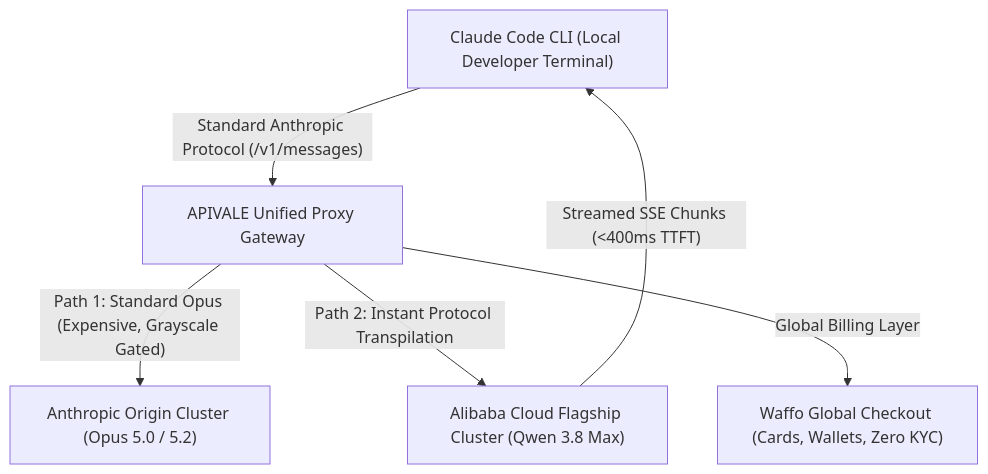
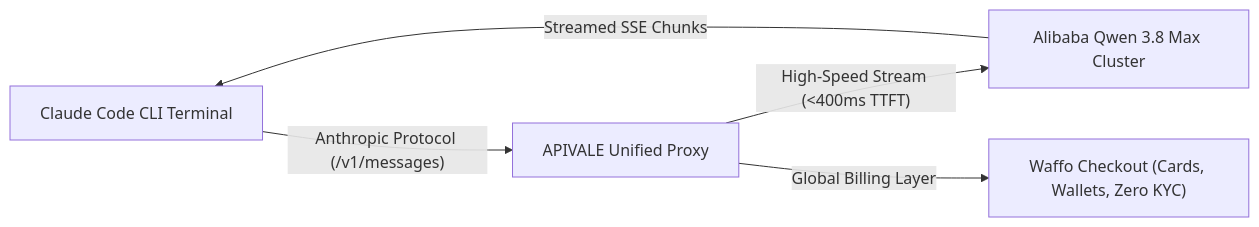
One commit to bshx2024/apivel_blog changed the diagram in src/content/blog/claude-code-opus-5-2-alternative-qwen-3-8-max.md. Above: the diagram before and after it, drawn with Mermaid. The commit also changed other lines of this file, not shown here.

````diff
--- a/src/content/blog/claude-code-opus-5-2-alternative-qwen-3-8-max.md
+++ b/src/content/blog/claude-code-opus-5-2-alternative-qwen-3-8-max.md
@@ -120,8 +187,7 @@
 ```mermaid
-graph TD
-    A["Claude Code CLI (Local Developer Terminal)"] -->|"Standard Anthropic Protocol (/v1/messages)"| B["APIVALE Unified Proxy Gateway"]
-    B -->|"Path 1: Standard Opus (Expensive, Grayscale Gated)"| C["Anthropic Origin Cluster (Opus 5.0 / 5.2)"]
-    B -->|"Path 2: Instant Protocol Transpilation"| D["Alibaba Cloud Flagship Cluster (Qwen 3.8 Max)"]
-    B -->|"Global Billing Layer"| E["Waffo Global Checkout (Cards, Wallets, Zero KYC)"]
-    D -->|"Streamed SSE Chunks (<400ms TTFT)"| A
+graph LR
+    A["Claude Code CLI Terminal"] -->|"Anthropic Protocol (/v1/messages)"| B["APIVALE Unified Proxy"]
+    B -->|"High-Speed Stream (<400ms TTFT)"| C["Alibaba Qwen 3.8 Max Cluster"]
+    B -->|"Global Billing Layer"| D["Waffo Checkout (Cards, Wallets, Zero KYC)"]
+    C -->|"Streamed SSE Chunks"| A
 ```
````
